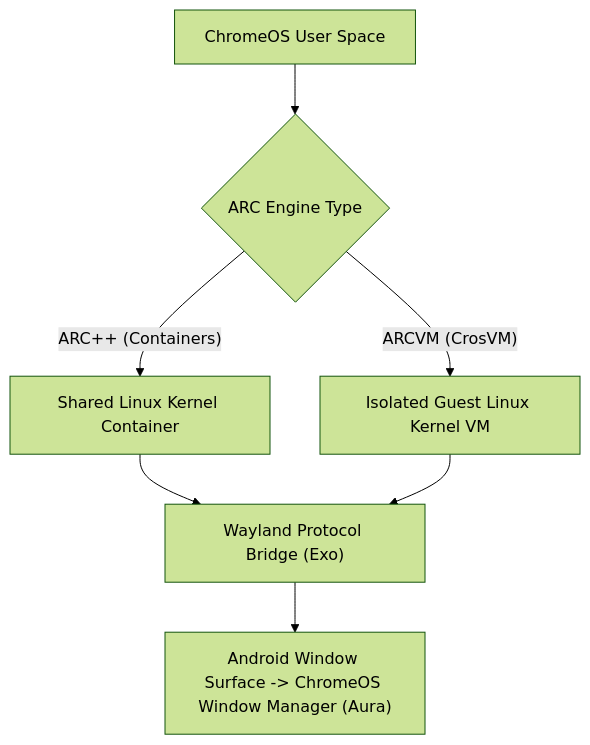
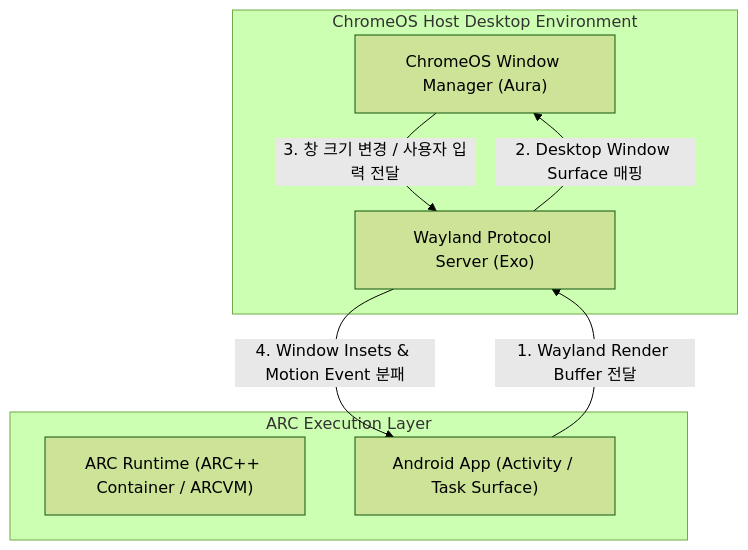
The diagram in 01_inbox/mobile/android/07_platforms/chromeos/chromeos-contracts/chromeos-runs-android-apps-in-a-container-mapped-to-desktop-windows.md (youngmin-gwon/what-i-studied), drawn with Mermaid (forest theme) before and after one commit. The commit also changed other lines of this file and 52 other files, not shown here.

````diff
--- a/01_inbox/mobile/android/07_platforms/chromeos/chromeos-contracts/chromeos-runs-android-apps-in-a-container-mapped-to-desktop-windows.md
+++ b/01_inbox/mobile/android/07_platforms/chromeos/chromeos-contracts/chromeos-runs-android-apps-in-a-container-mapped-to-desktop-windows.md
@@ -23,8 +32,17 @@
 ```mermaid
 graph TD
-    A["ChromeOS User Space"] --> B{"ARC Engine Type"}
-    B -- "ARC++ (Containers)" --> C["Shared Linux Kernel Container"]
-    B -- "ARCVM (CrosVM)" --> D["Isolated Guest Linux Kernel VM"]
-    C & D --> E["Wayland Protocol Bridge (Exo)"]
-    E --> F["Android Window Surface -> ChromeOS Window Manager (Aura)"]
+    subgraph ChromeOS_Host ["ChromeOS Host Desktop Environment"]
+        AuraWM["ChromeOS Window Manager (Aura)"]
+        ExoBridge["Wayland Protocol Server (Exo)"]
+    end
+
+    subgraph ARC_Runtime ["ARC Execution Layer"]
+        ARCEngine["ARC Runtime (ARC++ Container / ARCVM)"]
+        AndroidApp["Android App (Activity / Task Surface)"]
+    end
+
+    AndroidApp -->|"1. Wayland Render Buffer 전달"| ExoBridge
+    ExoBridge -->|"2. Desktop Window Surface 매핑"| AuraWM
+    AuraWM -->|"3. 창 크기 변경 / 사용자 입력 전달"| ExoBridge
+    ExoBridge -->|"4. Window Insets & Motion Event 분패"| AndroidApp
 ```
````
